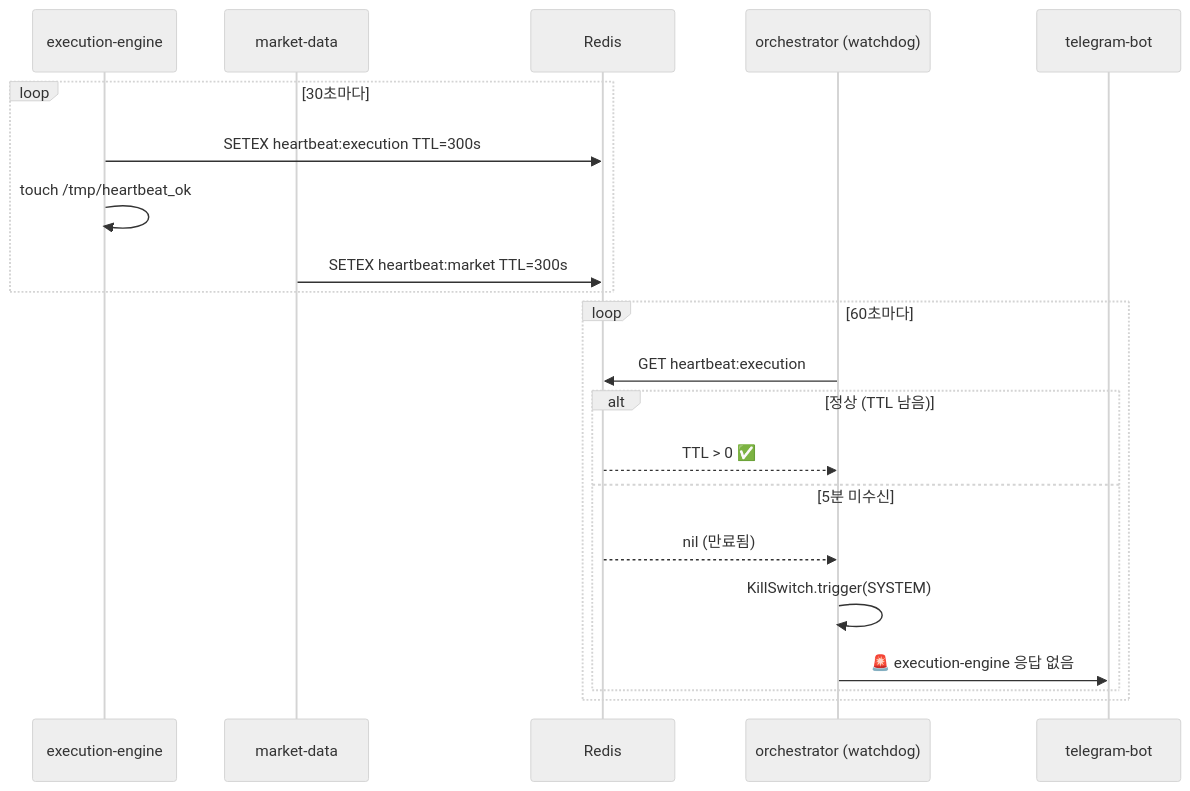
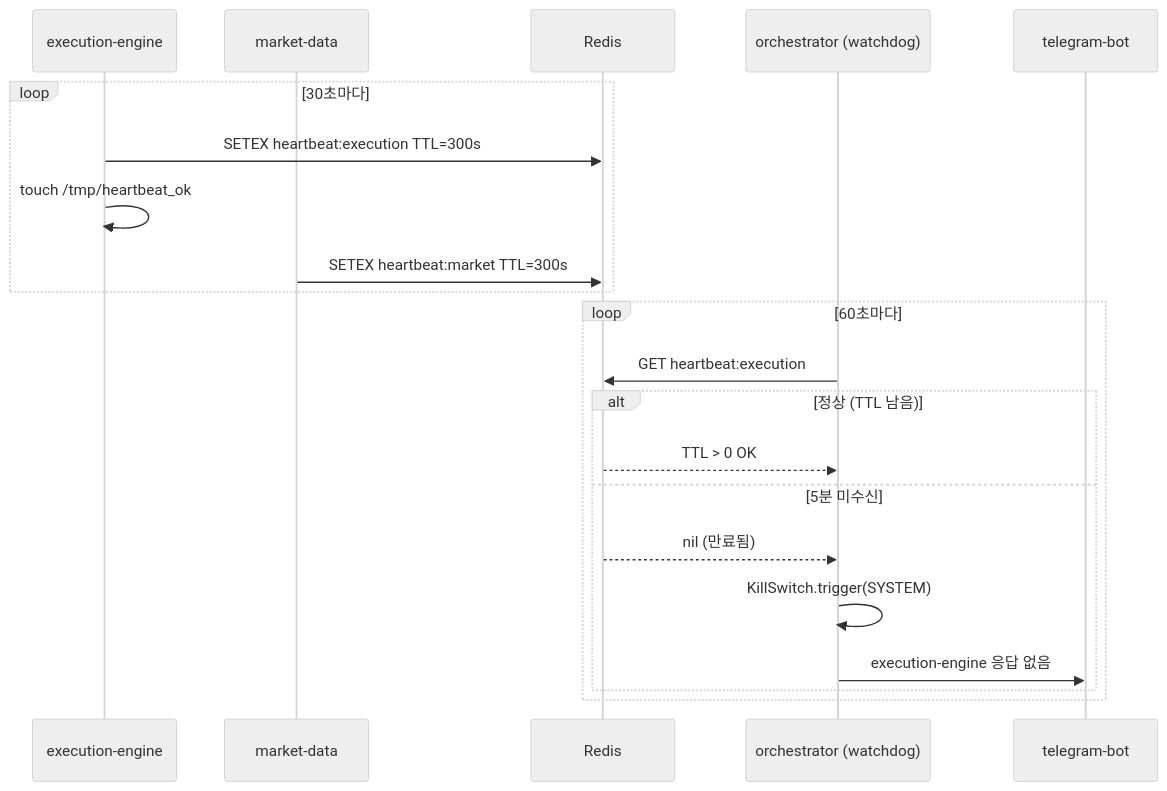
One commit to Justant-source/Bit-Mania changed the second of 2 diagrams in cryptoengine/docs/policies/operations/monitoring.md. Above: the diagram before and after it, drawn with Mermaid (neutral theme). The commit also changed 25 other files, not shown here.

First line of the commit message:
fix(docs): repair Mermaid diagrams for GitHub rendering (30 files)

````diff
--- a/cryptoengine/docs/policies/operations/monitoring.md
+++ b/cryptoengine/docs/policies/operations/monitoring.md
@@ -162,25 +162,25 @@
 ```mermaid
 sequenceDiagram
     participant ENG as execution-engine
     participant MKT as market-data
     participant REDIS as Redis
     participant ORC as orchestrator (watchdog)
     participant TG as telegram-bot
 
     loop 30초마다
         ENG->>REDIS: SETEX heartbeat:execution TTL=300s
         ENG->>+ENG: touch /tmp/heartbeat_ok
         MKT->>REDIS: SETEX heartbeat:market TTL=300s
     end
 
     loop 60초마다
         ORC->>REDIS: GET heartbeat:execution
         alt 정상 (TTL 남음)
-            REDIS-->>ORC: TTL > 0 ✅
+            REDIS-->>ORC: TTL > 0 OK
         else 5분 미수신
             REDIS-->>ORC: nil (만료됨)
             ORC->>ORC: KillSwitch.trigger(SYSTEM)
-            ORC->>TG: 🚨 execution-engine 응답 없음
+            ORC->>TG: execution-engine 응답 없음
         end
     end
 ```
````
